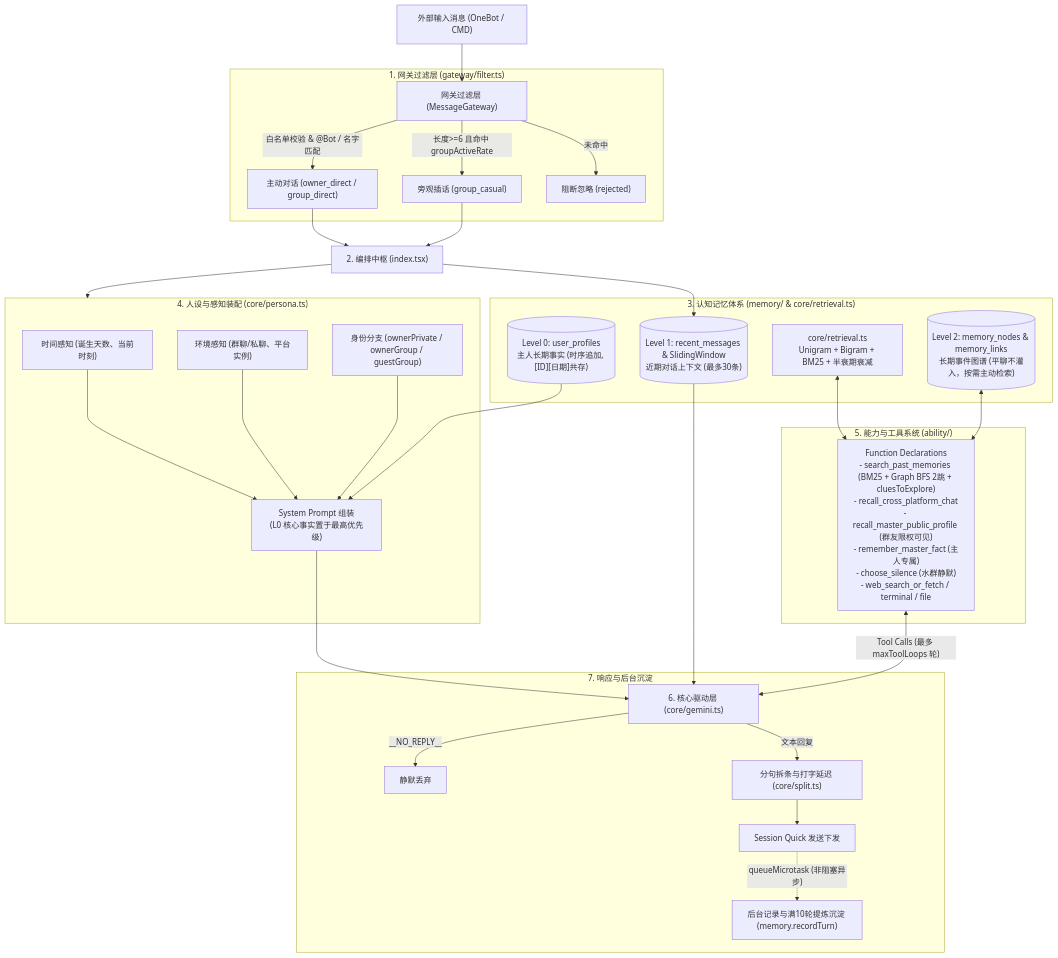
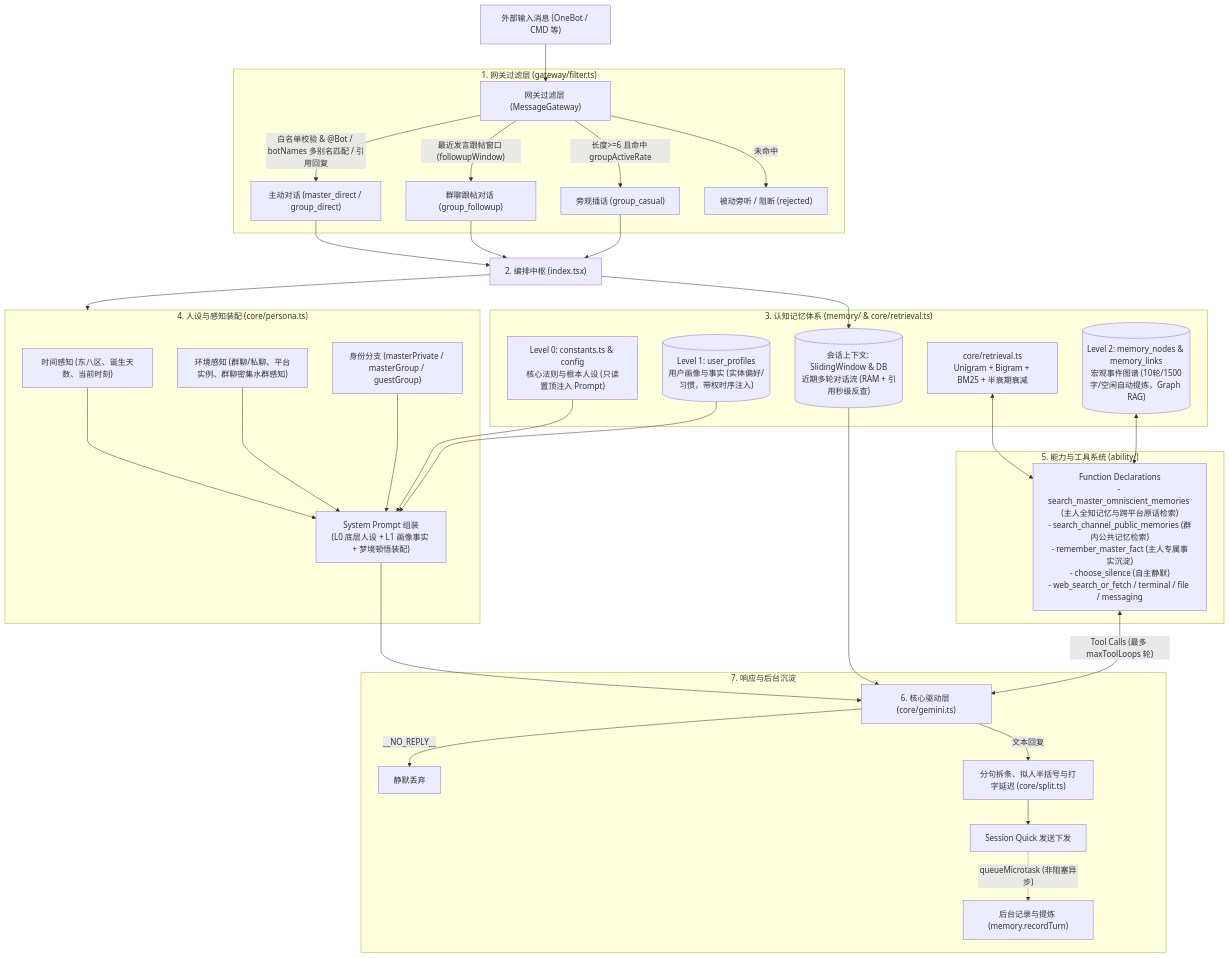
One commit to biyuehu/animaone changed the diagram in modules/chat-ai/README.md. Above: the diagram before and after it, drawn with Mermaid. The commit also changed other lines of this file and 3 other files, not shown here.

Commit message:
docs: align architecture documentation with three-tier memory model

````diff
--- a/modules/chat-ai/README.md
+++ b/modules/chat-ai/README.md
@@ -9,52 +9,56 @@
 ```mermaid
 flowchart TD
-    Msg["外部输入消息 (OneBot / CMD)"] --> GW["网关过滤层 (MessageGateway)"]
+    Msg["外部输入消息 (OneBot / CMD 等)"] --> GW["网关过滤层 (MessageGateway)"]
 
     subgraph Gateway["1. 网关过滤层 (gateway/filter.ts)"]
-        GW -->|"白名单校验 & @Bot / 名字匹配"| Direct["主动对话 (owner_direct / group_direct)"]
+        GW -->|"白名单校验 & @Bot / botNames 多别名匹配 / 引用回复"| Direct["主动对话 (master_direct / group_direct)"]
+        GW -->|"最近发言跟帖窗口 (followupWindow)"| Followup["群聊跟帖对话 (group_followup)"]
         GW -->|"长度>=6 且命中 groupActiveRate"| Casual["旁观插话 (group_casual)"]
-        GW -->|"未命中"| Reject["阻断忽略 (rejected)"]
+        GW -->|"未命中"| Reject["被动旁听 / 阻断 (rejected)"]
     end
 
     Direct --> Core["2. 编排中枢 (index.tsx)"]
+    Followup --> Core
     Casual --> Core
 
     subgraph MemoryLayer["3. 认知记忆体系 (memory/ & core/retrieval.ts)"]
-        L0[("Level 0: user_profiles<br/>主人长期事实 (时序追加, [ID][日期]共存)")]
-        L1[("Level 1: recent_messages & SlidingWindow<br/>近期对话上下文 (最多30条)")]
-        L2[("Level 2: memory_nodes & memory_links<br/>长期事件图谱 (平聊不灌入，按需主动检索)")]
+        L0["Level 0: constants.ts & config<br/>核心法则与根本人设 (只读置顶注入 Prompt)"]
+        L1[("Level 1: user_profiles<br/>用户画像与事实 (实体偏好/习惯，带权时序注入)")]
+        L2[("Level 2: memory_nodes & memory_links<br/>宏观事件图谱 (10轮/1500字/空闲自动提炼，Graph RAG)")]
+        SessionContext[("会话上下文: SlidingWindow & DB<br/>近期多轮对话流 (RAM + 引用秒级反查)")]
         BM25["core/retrieval.ts<br/>Unigram + Bigram + BM25 + 半衰期衰减"]
     end
 
     subgraph Persona["4. 人设与感知装配 (core/persona.ts)"]
-        SysTime["时间感知 (诞生天数、当前时刻)"]
-        Env["环境感知 (群聊/私聊、平台实例)"]
-        Identity["身份分支 (ownerPrivate / ownerGroup / guestGroup)"]
-        Prompt["System Prompt 组装<br/>(L0 核心事实置于最高优先级)"]
+        SysTime["时间感知 (东八区、诞生天数、当前时刻)"]
+        Env["环境感知 (群聊/私聊、平台实例、群聊密集水群感知)"]
+        Identity["身份分支 (masterPrivate / masterGroup / guestGroup)"]
+        Prompt["System Prompt 组装<br/>(L0 底层人设 + L1 画像事实 + 梦境顿悟装配)"]
 
         SysTime --> Prompt
         Env --> Prompt
         Identity --> Prompt
         L0 --> Prompt
+        L1 --> Prompt
     end
 
     Core --> Persona
-    Core --> L1
+    Core --> SessionContext
 
     subgraph Ability["5. 能力与工具系统 (ability/)"]
-        Tools["Function Declarations<br/>- search_past_memories (BM25 + Graph BFS 2跳 + cluesToExplore)<br/>- recall_cross_platform_chat<br/>- recall_master_public_profile (群友限权可见)<br/>- remember_master_fact (主人专属)<br/>- choose_silence (水群静默)<br/>- web_search_or_fetch / terminal / file"]
+        Tools["Function Declarations<br/>- search_master_omniscient_memories (主人全知记忆与跨平台原话检索)<br/>- search_channel_public_memories (群内公共记忆检索)<br/>- remember_master_fact (主人专属事实沉淀)<br/>- choose_silence (自主静默)<br/>- web_search_or_fetch / terminal / file / messaging"]
     end
 
     Prompt --> Gemini["6. 核心驱动层 (core/gemini.ts)"]
-    L1 --> Gemini
+    SessionContext --> Gemini
     Tools <-->|"Tool Calls (最多 maxToolLoops 轮)"| Gemini
     BM25 <--> Tools
     L2 <--> Tools
 
     subgraph Output["7. 响应与后台沉淀"]
         Gemini -->|"__NO_REPLY__"| Drop["静默丢弃"]
-        Gemini -->|"文本回复"| Split["分句拆条与打字延迟 (core/split.ts)"]
+        Gemini -->|"文本回复"| Split["分句拆条、拟人半括号与打字延迟 (core/split.ts)"]
         Split --> Session["Session Quick 发送下发"]
-        Session -.->|"queueMicrotask (非阻塞异步)"| Compact["后台记录与满10轮提炼沉淀 (memory.recordTurn)"]
+        Session -.->|"queueMicrotask (非阻塞异步)"| Record["后台记录与提炼 (memory.recordTurn)"]
     end
 ```
````
